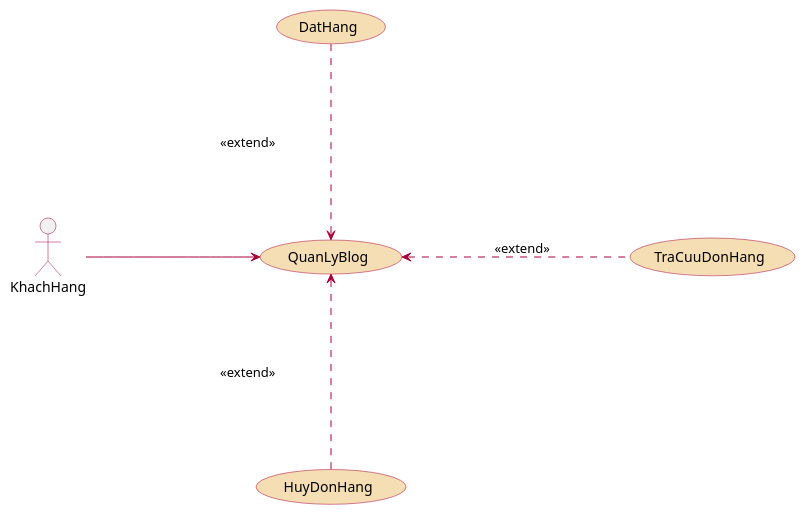
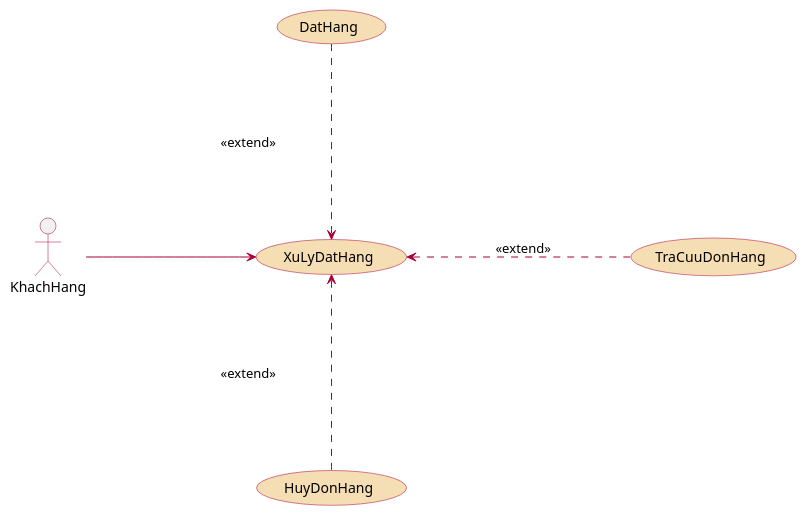
Before and after one commit to Caleumtatsu2010/techmate_parent: the diagram in techmate_design/src/main/java/uml/usecase/XuLyDatHang.puml, drawn with PlantUML. The commit also changed 4 other files, not shown here.

Commit message:
design uml

```diff
--- a/techmate_design/src/main/java/uml/usecase/XuLyDatHang.puml
+++ b/techmate_design/src/main/java/uml/usecase/XuLyDatHang.puml
@@ -1,13 +1,13 @@
 @startuml
 left to right direction
 actor KhachHang #line:A80036;
-usecase QuanLyBlog #Wheat;line:A80036;
+usecase XuLyDatHang #Wheat;line:A80036;
 usecase DatHang #Wheat;line:A80036;
 usecase TraCuuDonHang #Wheat;line:A80036;
 usecase HuyDonHang #Wheat;line:A80036;
 
-KhachHang  --> QuanLyBlog #line:A80036 : \t\t\t\t
-QuanLyBlog  <.left.  DatHang #line:A80036 : \n\n\n\n<<extend>>\n\n\n\n
-QuanLyBlog  <.down.  TraCuuDonHang #line:A80036 : \t\t <<extend>> \t\t
-QuanLyBlog  <.right.  HuyDonHang #line:A80036 : \n\n\n\n<<extend>>\n\n\n\n
+KhachHang  --> XuLyDatHang #line:A80036 : \t\t\t\t
+XuLyDatHang  <.left.  DatHang #line:A80036 : \n\n\n\n<<extend>>\n\n\n\n
+XuLyDatHang  <.down.  TraCuuDonHang #line:A80036 : \t\t <<extend>> \t\t
+XuLyDatHang  <.right.  HuyDonHang #line:A80036 : \n\n\n\n<<extend>>\n\n\n\n
 @endum
```
